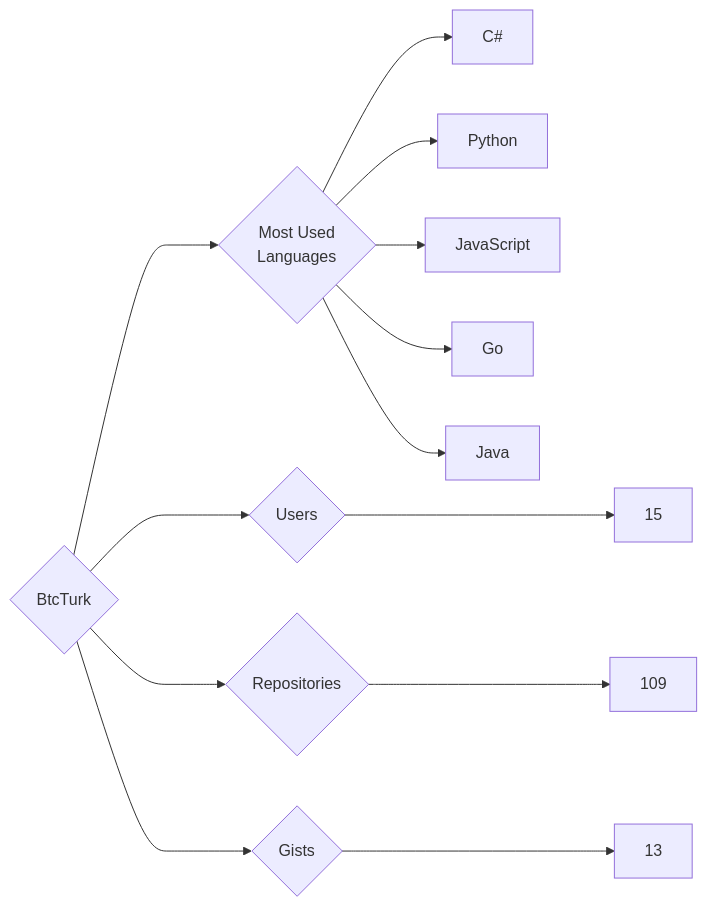
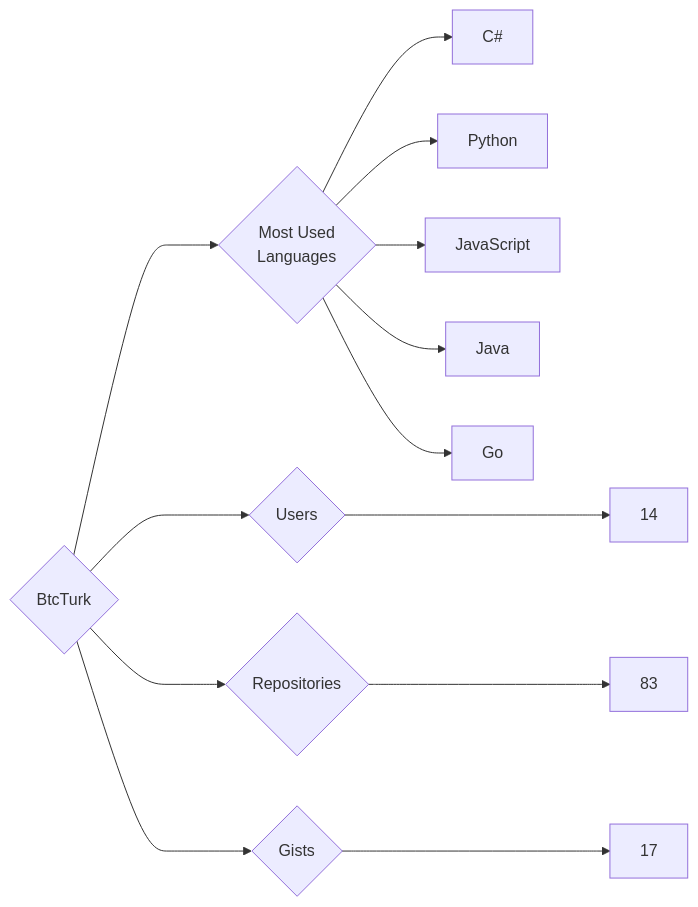
Before and after one commit to trickest/insiders: the diagram in targets/BtcTurk/README.md, drawn with Mermaid. The commit also changed 814 other files, not shown here.

````diff
--- a/targets/BtcTurk/README.md
+++ b/targets/BtcTurk/README.md
@@ -3,13 +3,13 @@
 ```mermaid
 graph LR
 COMPANY_NAME{BtcTurk}
-COMPANY_NAME ---> U{Users} ---> UN[15]
-COMPANY_NAME ---> R{Repositories} ---> RN[109]
-COMPANY_NAME ---> G{Gists} ---> GN[13]
+COMPANY_NAME ---> U{Users} ---> UN[14]
+COMPANY_NAME ---> R{Repositories} ---> RN[83]
+COMPANY_NAME ---> G{Gists} ---> GN[17]
 COMPANY_NAME ---> ML{Most Used<br>Languages}
 ML --> C#[C#]
 ML --> Python[Python]
 ML --> JavaScript[JavaScript]
+ML --> Java[Java]
 ML --> Go[Go]
-ML --> Java[Java]
 ```
````
